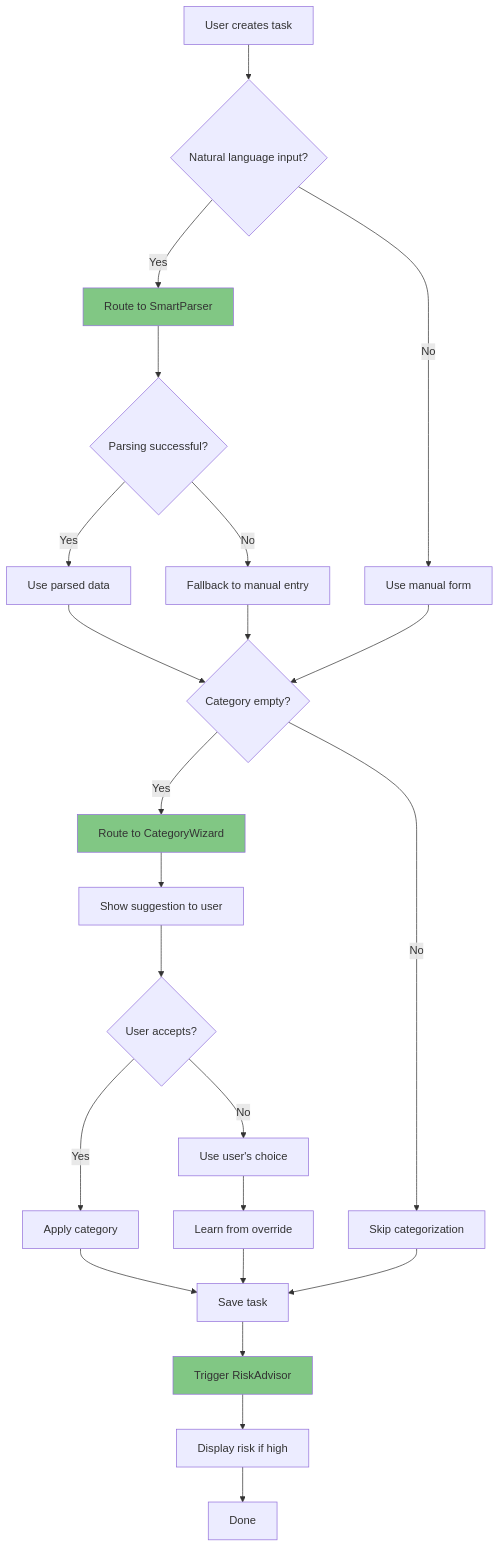
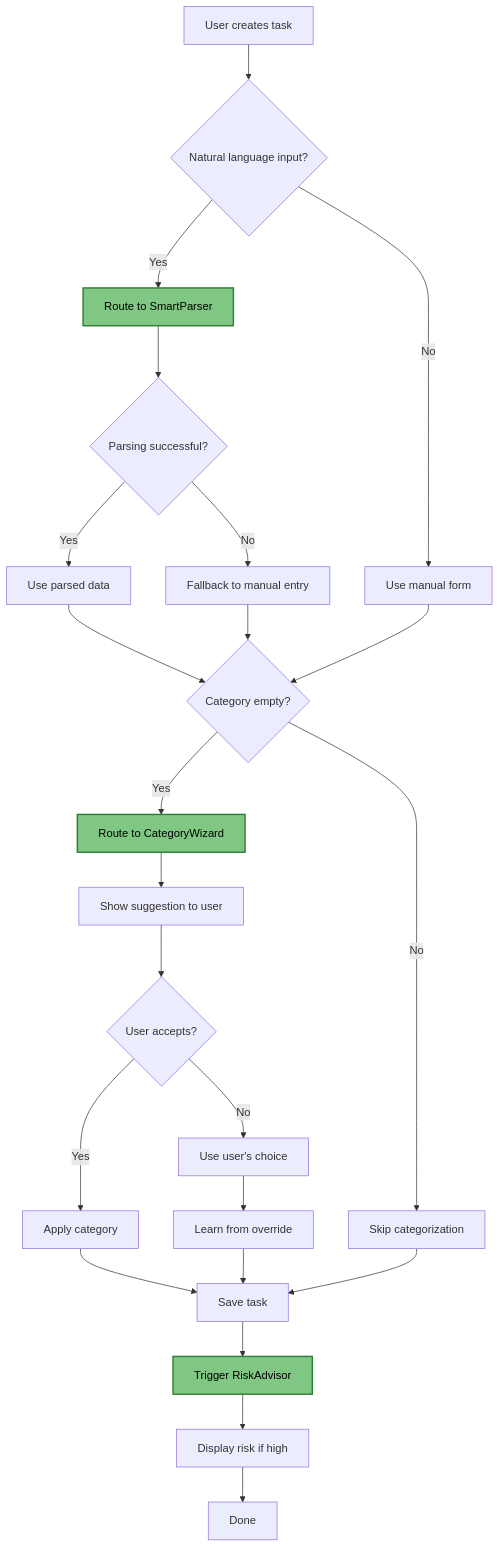
Before and after one commit to HemanK/ai-demos: the fifth of 13 diagrams in claude-code/family-todo-app/docs/ARCHITECTURE.md, drawn with Mermaid. The commit also changed other lines of this file, not shown here.

First line of the commit message:
Checkpoint 2: Fix ARCHITECTURE.md accessibility and clarifications

````diff
--- a/claude-code/family-todo-app/docs/ARCHITECTURE.md
+++ b/claude-code/family-todo-app/docs/ARCHITECTURE.md
@@ -243,37 +243,37 @@
 ```mermaid
 flowchart TD
     Start[User creates task] --> HasNLInput{Natural language input?}
 
     HasNLInput -->|Yes| SmartParser[Route to SmartParser]
     HasNLInput -->|No| ManualEntry[Use manual form]
 
     SmartParser --> ParseSuccess{Parsing successful?}
     ParseSuccess -->|Yes| UseParsed[Use parsed data]
     ParseSuccess -->|No| FallbackManual[Fallback to manual entry]
 
     UseParsed --> NeedsCategorization{Category empty?}
     ManualEntry --> NeedsCategorization
     FallbackManual --> NeedsCategorization
 
     NeedsCategorization -->|Yes| CategoryWizard[Route to CategoryWizard]
     NeedsCategorization -->|No| SkipCategorization[Skip categorization]
 
     CategoryWizard --> SuggestionReady[Show suggestion to user]
     SkipCategorization --> SaveTask[Save task]
     SuggestionReady --> UserAccepts{User accepts?}
 
     UserAccepts -->|Yes| ApplySuggestion[Apply category]
     UserAccepts -->|No| UserOverride[Use user's choice]
 
     ApplySuggestion --> SaveTask
     UserOverride --> LearnFromOverride[Learn from override]
     LearnFromOverride --> SaveTask
 
     SaveTask --> TriggerRiskAnalysis[Trigger RiskAdvisor]
     TriggerRiskAnalysis --> ShowRisk[Display risk if high]
     ShowRisk --> End[Done]
 
-    style SmartParser fill:#81c784
-    style CategoryWizard fill:#81c784
-    style TriggerRiskAnalysis fill:#81c784
+    style SmartParser fill:#81c784,stroke:#2e7d32,stroke-width:2px,color:#000
+    style CategoryWizard fill:#81c784,stroke:#2e7d32,stroke-width:2px,color:#000
+    style TriggerRiskAnalysis fill:#81c784,stroke:#2e7d32,stroke-width:2px,color:#000
 ```
````
